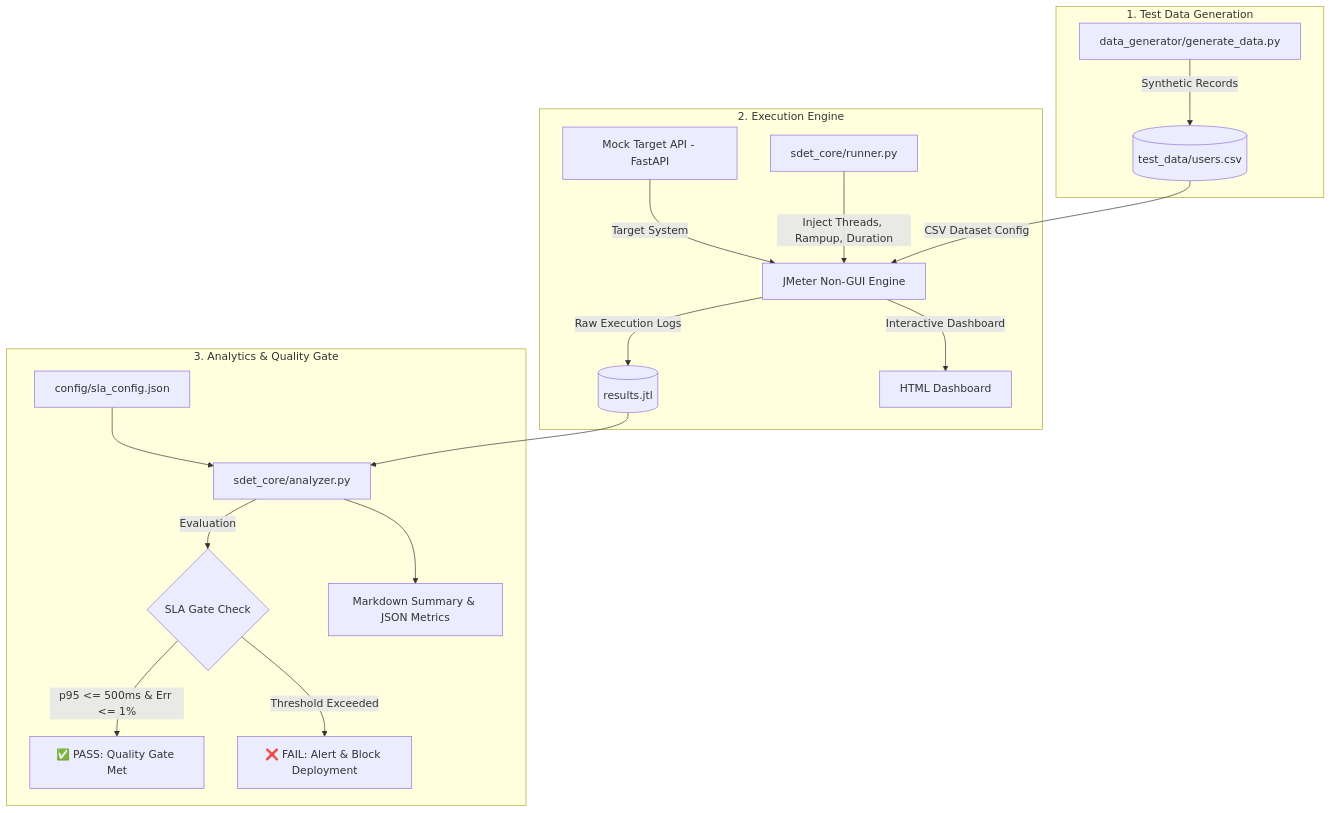
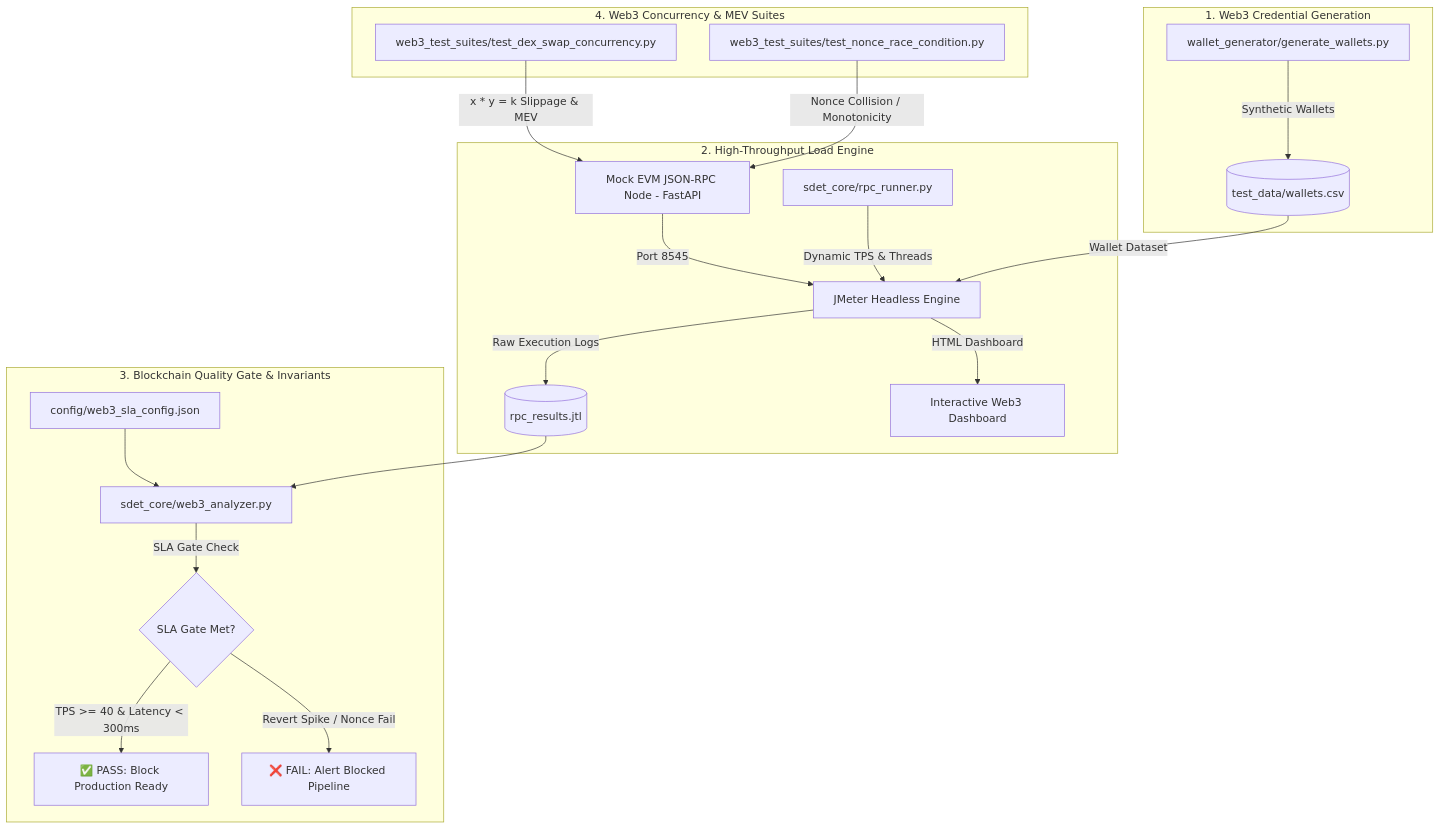
The diagram in README.md (desanim/sdet-engineer), drawn with Mermaid before and after one commit. The commit also changed other lines of this file and 23 other files, not shown here.

Commit message:
feat: complete architectural pivot to Web3 & Blockchain SDET Engineering Framework

````diff
--- a/README.md
+++ b/README.md
@@ -14,23 +15,27 @@
 ```mermaid
 flowchart TD
-    subgraph Phase1["1. Test Data Generation"]
-        A[data_generator/generate_data.py] -->|Synthetic Records| B[(test_data/users.csv)]
+    subgraph DataGen["1. Web3 Credential Generation"]
+        A[wallet_generator/generate_wallets.py] -->|Synthetic Wallets| B[(test_data/wallets.csv)]
     end
 
-    subgraph Phase2["2. Execution Engine"]
-        C[Mock Target API - FastAPI] -->|Target System| D[JMeter Non-GUI Engine]
-        B -->|CSV Dataset Config| D
-        E[sdet_core/runner.py] -->|Inject Threads, Rampup, Duration| D
-        D -->|Raw Execution Logs| F[(results.jtl)]
-        D -->|Interactive Dashboard| G[HTML Dashboard]
+    subgraph LoadGen["2. High-Throughput Load Engine"]
+        C[Mock EVM JSON-RPC Node - FastAPI] -->|Port 8545| D[JMeter Headless Engine]
+        B -->|Wallet Dataset| D
+        E[sdet_core/rpc_runner.py] -->|Dynamic TPS & Threads| D
+        D -->|Raw Execution Logs| F[(rpc_results.jtl)]
+        D -->|HTML Dashboard| G[Interactive Web3 Dashboard]
     end
 
-    subgraph Phase3["3. Analytics & Quality Gate"]
-        F --> H[sdet_core/analyzer.py]
-        I[config/sla_config.json] --> H
-        H -->|Evaluation| J{SLA Gate Check}
-        J -->|p95 <= 500ms & Err <= 1%| K[✅ PASS: Quality Gate Met]
-        J -->|Threshold Exceeded| L[❌ FAIL: Alert & Block Deployment]
-        H --> M[Markdown Summary & JSON Metrics]
+    subgraph Analytics["3. Blockchain Quality Gate & Invariants"]
+        F --> H[sdet_core/web3_analyzer.py]
+        I[config/web3_sla_config.json] --> H
+        H -->|SLA Gate Check| J{SLA Gate Met?}
+        J -->|TPS >= 40 & Latency < 300ms| K[✅ PASS: Block Production Ready]
+        J -->|Revert Spike / Nonce Fail| L[❌ FAIL: Alert Blocked Pipeline]
+    end
+
+    subgraph Concurrency["4. Web3 Concurrency & MEV Suites"]
+        M[web3_test_suites/test_dex_swap_concurrency.py] -->|x * y = k Slippage & MEV| C
+        N[web3_test_suites/test_nonce_race_condition.py] -->|Nonce Collision / Monotonicity| C
     end
 ```
````
